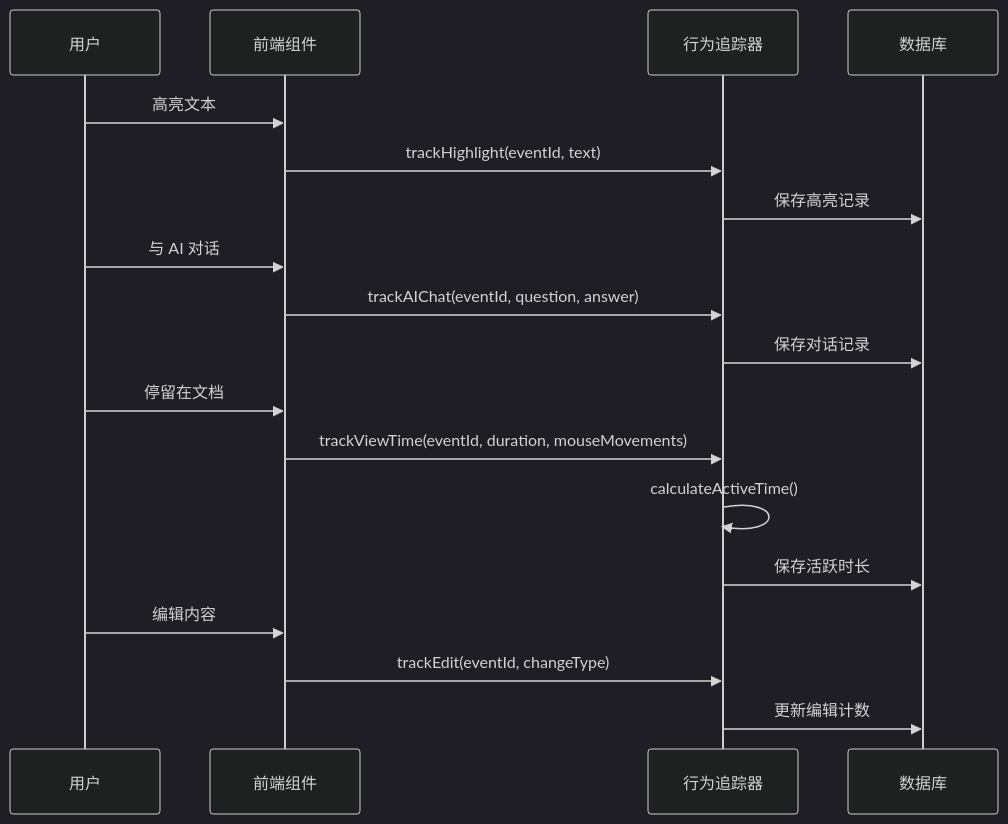
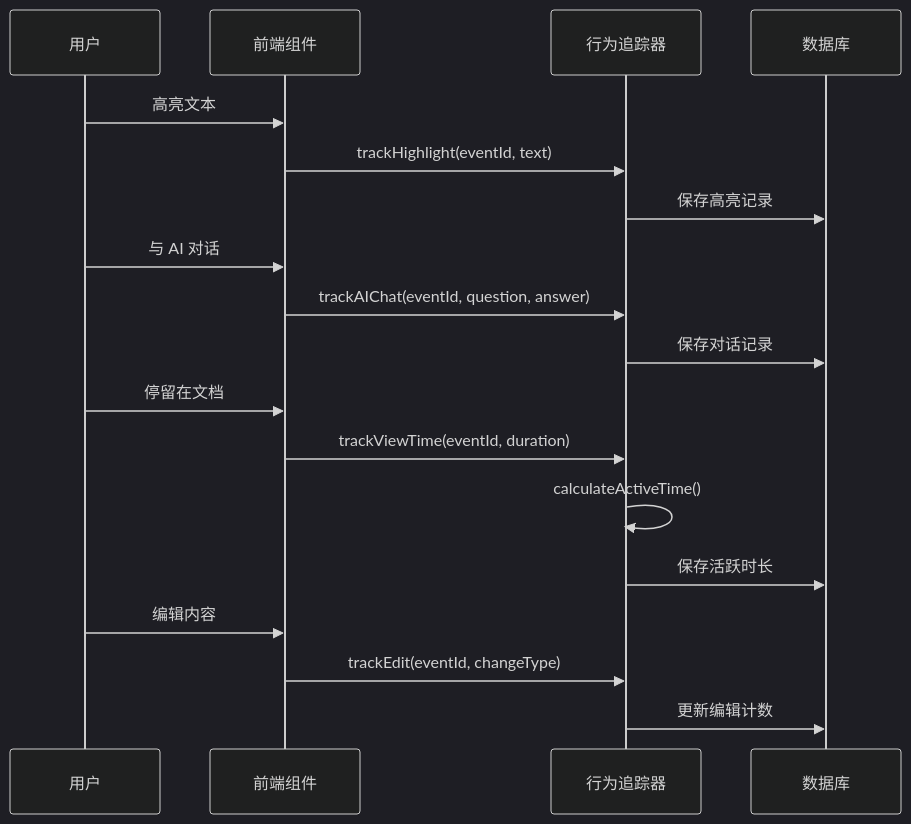
The second of 5 diagrams in docs/features/4DNote Daily Review 叙事性日记系统 - 完整技术文档.md (zoeysnowy/4DNote), drawn with Mermaid (dark theme) before and after one commit. The commit also changed other lines of this file and 41 other files, not shown here.

````diff
--- a/docs/features/4DNote Daily Review 叙事性日记系统 - 完整技术文档.md
+++ b/docs/features/4DNote Daily Review 叙事性日记系统 - 完整技术文档.md
@@ -164,24 +165,24 @@
 ```mermaid
 sequenceDiagram
     participant User as 用户
     participant UI as 前端组件
     participant Tracker as 行为追踪器
     participant DB as 数据库
     
     User->>UI: 高亮文本
     UI->>Tracker: trackHighlight(eventId, text)
     Tracker->>DB: 保存高亮记录
     
     User->>UI: 与 AI 对话
     UI->>Tracker: trackAIChat(eventId, question, answer)
     Tracker->>DB: 保存对话记录
     
     User->>UI: 停留在文档
-    UI->>Tracker: trackViewTime(eventId, duration, mouseMovements)
+    UI->>Tracker: trackViewTime(eventId, duration)
     Tracker->>Tracker: calculateActiveTime()
     Tracker->>DB: 保存活跃时长
     
     User->>UI: 编辑内容
     UI->>Tracker: trackEdit(eventId, changeType)
     Tracker->>DB: 更新编辑计数
 ```
````
